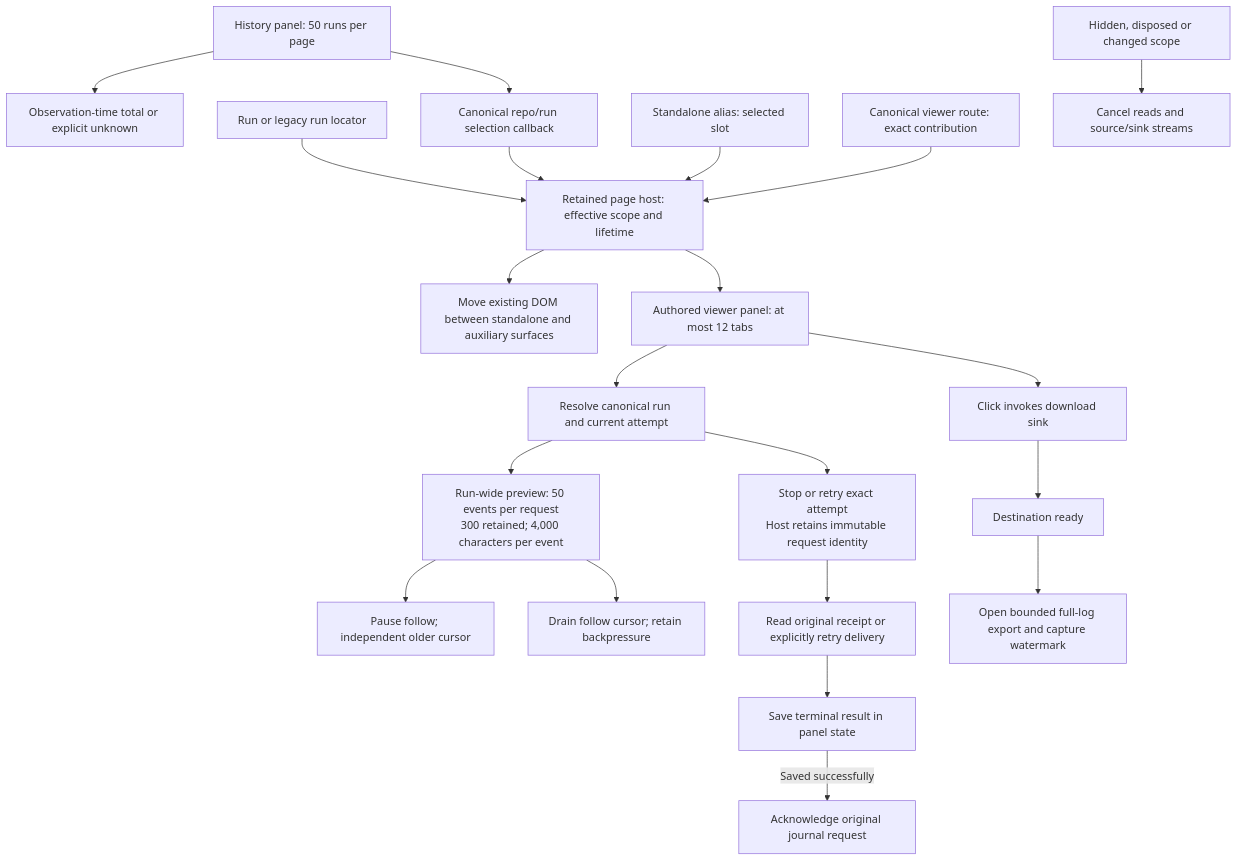
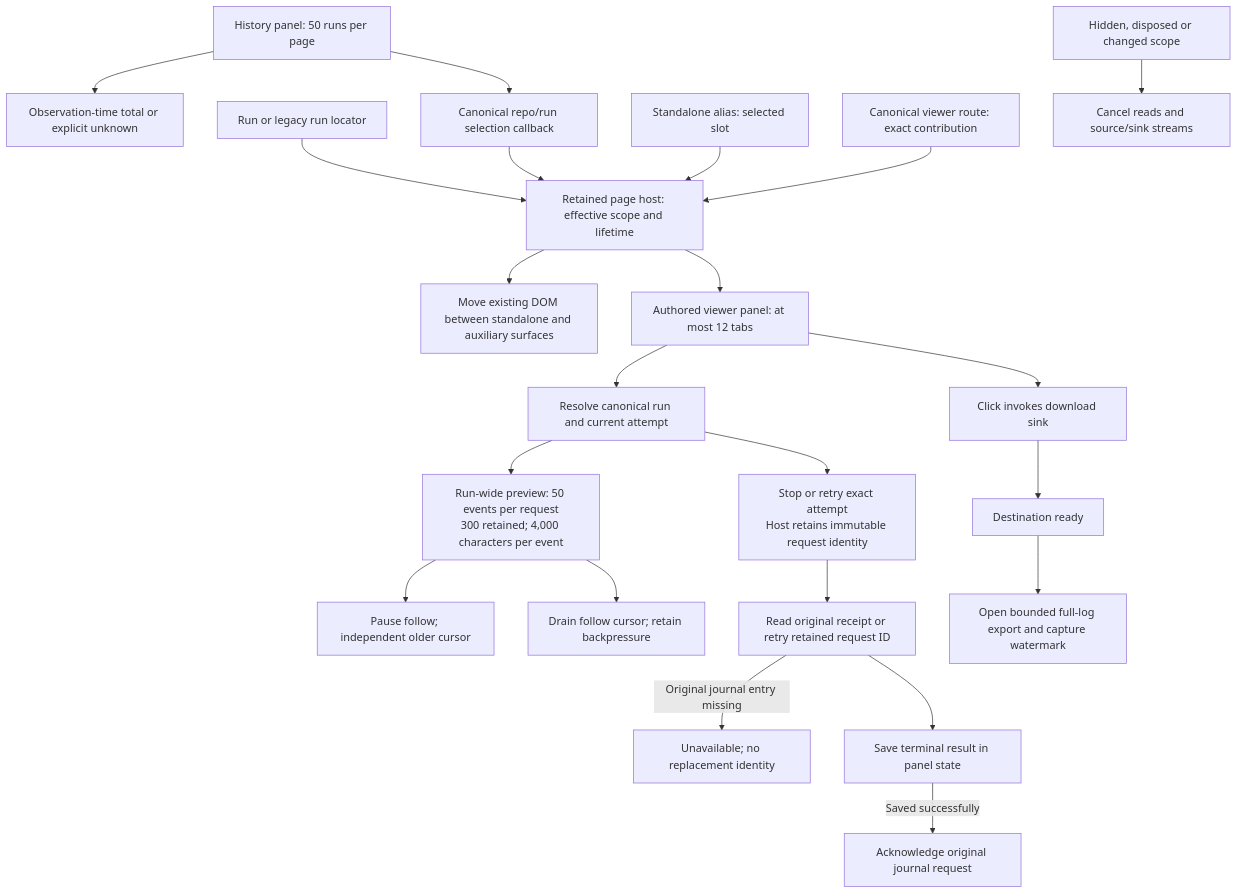
One commit to nloehlein-godaddy/helmsman changed the diagram in docs/run-presentation-authoring.md. Above: the diagram before and after it, drawn with Mermaid. The commit also changed other lines of this file and 51 other files, not shown here.

````diff
--- a/docs/run-presentation-authoring.md
+++ b/docs/run-presentation-authoring.md
@@ -20,23 +20,24 @@
 ```mermaid
 flowchart TD
     History[History panel: 50 runs per page] --> Count[Observation-time total or explicit unknown]
     History --> Selection[Canonical repo/run selection callback]
     External[Run or legacy run locator] --> Host[Retained page host: effective scope and lifetime]
     Selection --> Host
     Alias[Standalone alias: selected slot] --> Host
     Canonical[Canonical viewer route: exact contribution] --> Host
     Host --> Surface[Move existing DOM between standalone and auxiliary surfaces]
     Host --> Viewer[Authored viewer panel: at most 12 tabs]
     Viewer --> Resolve[Resolve canonical run and current attempt]
     Resolve --> Logs[Run-wide preview: 50 events per request<br/>300 retained; 4,000 characters per event]
     Logs --> Older[Pause follow; independent older cursor]
     Logs --> Follow[Drain follow cursor; retain backpressure]
     Resolve --> Commands[Stop or retry exact attempt<br/>Host retains immutable request identity]
-    Commands --> Receipt[Read original receipt or explicitly retry delivery]
+    Commands --> Receipt[Read original receipt or retry retained request ID]
+    Receipt -->|Original journal entry missing| Unavailable[Unavailable; no replacement identity]
     Receipt --> Save[Save terminal result in panel state]
     Save -->|Saved successfully| Ack[Acknowledge original journal request]
     Viewer --> Download[Click invokes download sink]
     Download --> Ready[Destination ready]
     Ready --> Export[Open bounded full-log export and capture watermark]
     Inactive[Hidden, disposed or changed scope] --> Cancel[Cancel reads and source/sink streams]
 ```
````
